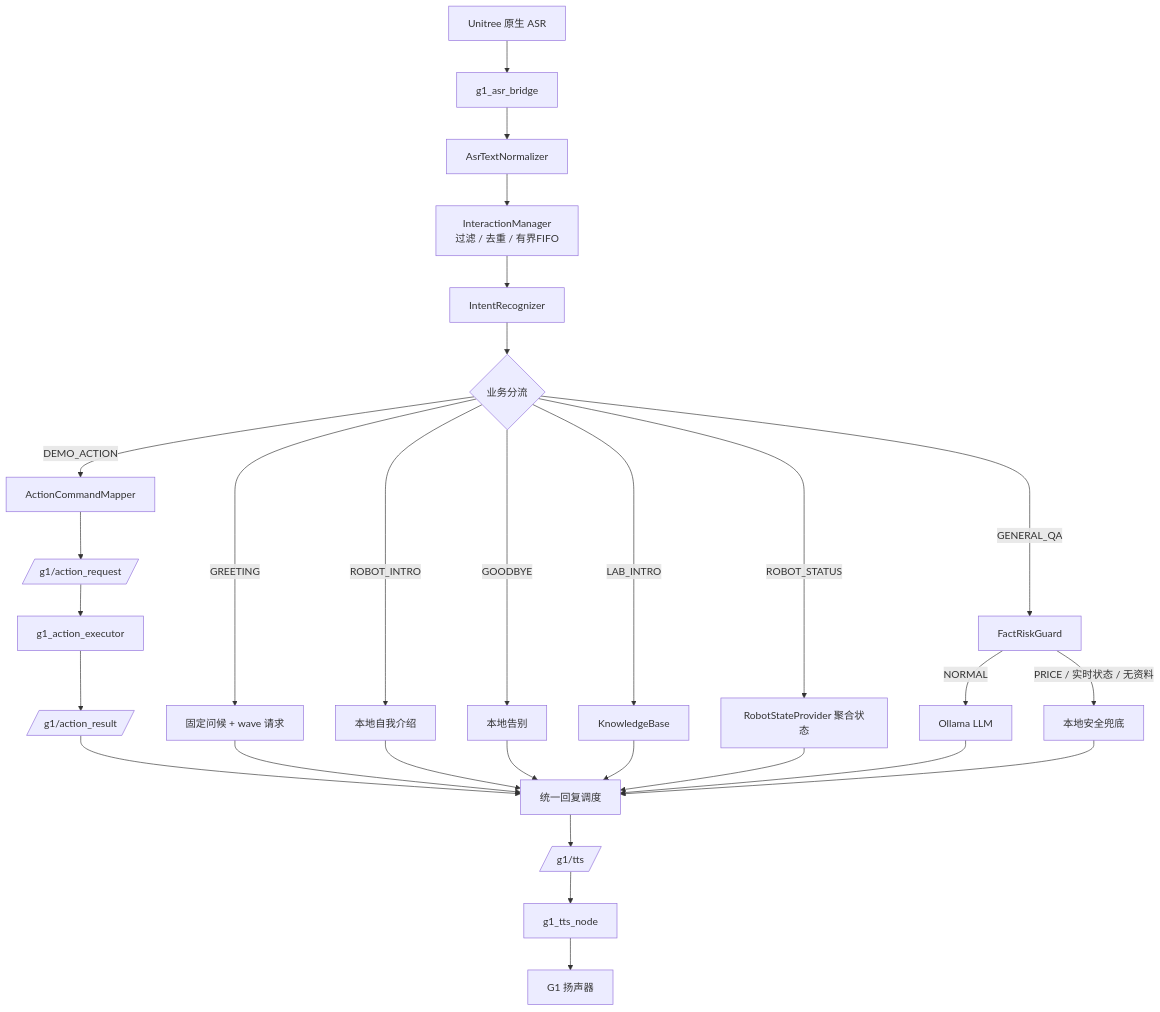
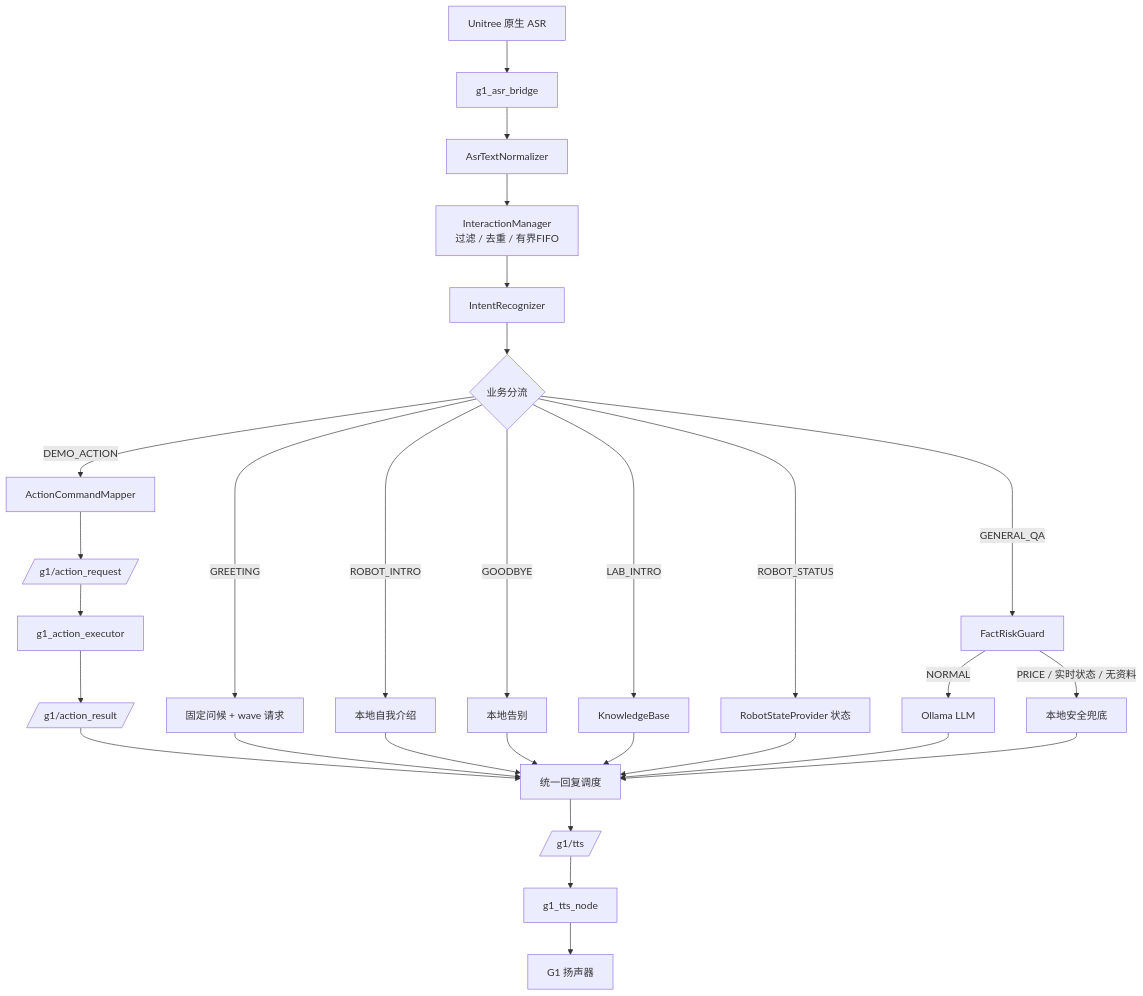
Before and after one commit to CJWDDHCSJ/g1_dev: the first of 7 diagrams in releases/G1-EDU-Smart-Reception-V1.0/README.md, drawn with Mermaid. The commit also changed other lines of this file and 36 other files, not shown here.

````diff
--- a/releases/G1-EDU-Smart-Reception-V1.0/README.md
+++ b/releases/G1-EDU-Smart-Reception-V1.0/README.md
@@ -69,36 +122,36 @@
 ```mermaid
 flowchart TD
     A[Unitree 原生 ASR] --> B[g1_asr_bridge]
     B --> C[AsrTextNormalizer]
     C --> D[InteractionManager<br/>过滤 / 去重 / 有界FIFO]
     D --> E[IntentRecognizer]
     E --> F{业务分流}
 
     F -->|GREETING| G1[固定问候 + wave 请求]
     F -->|ROBOT_INTRO| G2[本地自我介绍]
     F -->|GOODBYE| G3[本地告别]
     F -->|LAB_INTRO| G4[KnowledgeBase]
-    F -->|ROBOT_STATUS| G5[RobotStateProvider 聚合状态]
+    F -->|ROBOT_STATUS| G5[RobotStateProvider 状态]
     F -->|GENERAL_QA| G6[FactRiskGuard]
     F -->|DEMO_ACTION| G7[ActionCommandMapper]
 
     G6 -->|NORMAL| H1[Ollama LLM]
     G6 -->|PRICE / 实时状态 / 无资料| H2[本地安全兜底]
 
     G7 --> I1[/g1/action_request/]
     I1 --> I2[g1_action_executor]
     I2 --> I3[/g1/action_result/]
     I3 --> M[统一回复调度]
 
     G1 --> M
     G2 --> M
     G3 --> M
     G4 --> M
     G5 --> M
     H1 --> M
     H2 --> M
 
     M --> N[/g1/tts/]
     N --> O[g1_tts_node]
     O --> P[G1 扬声器]
 ```
````
